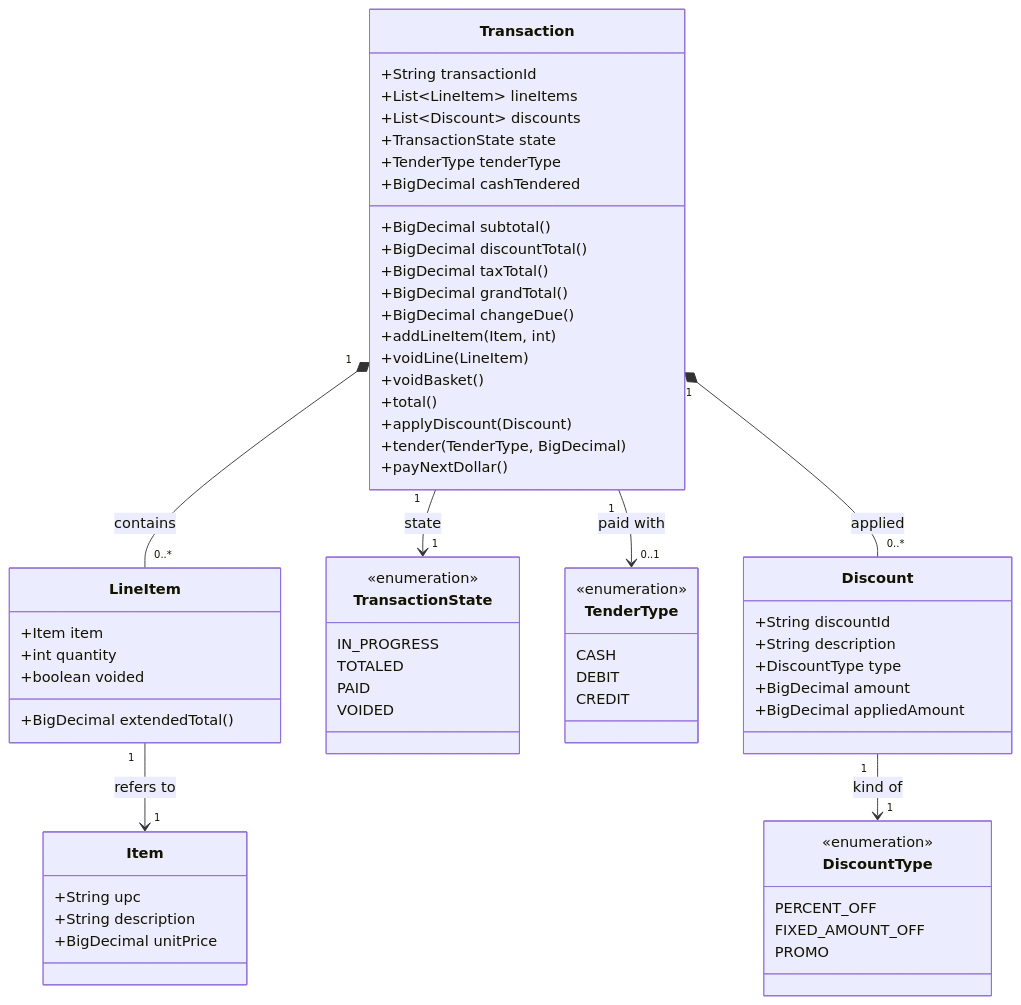
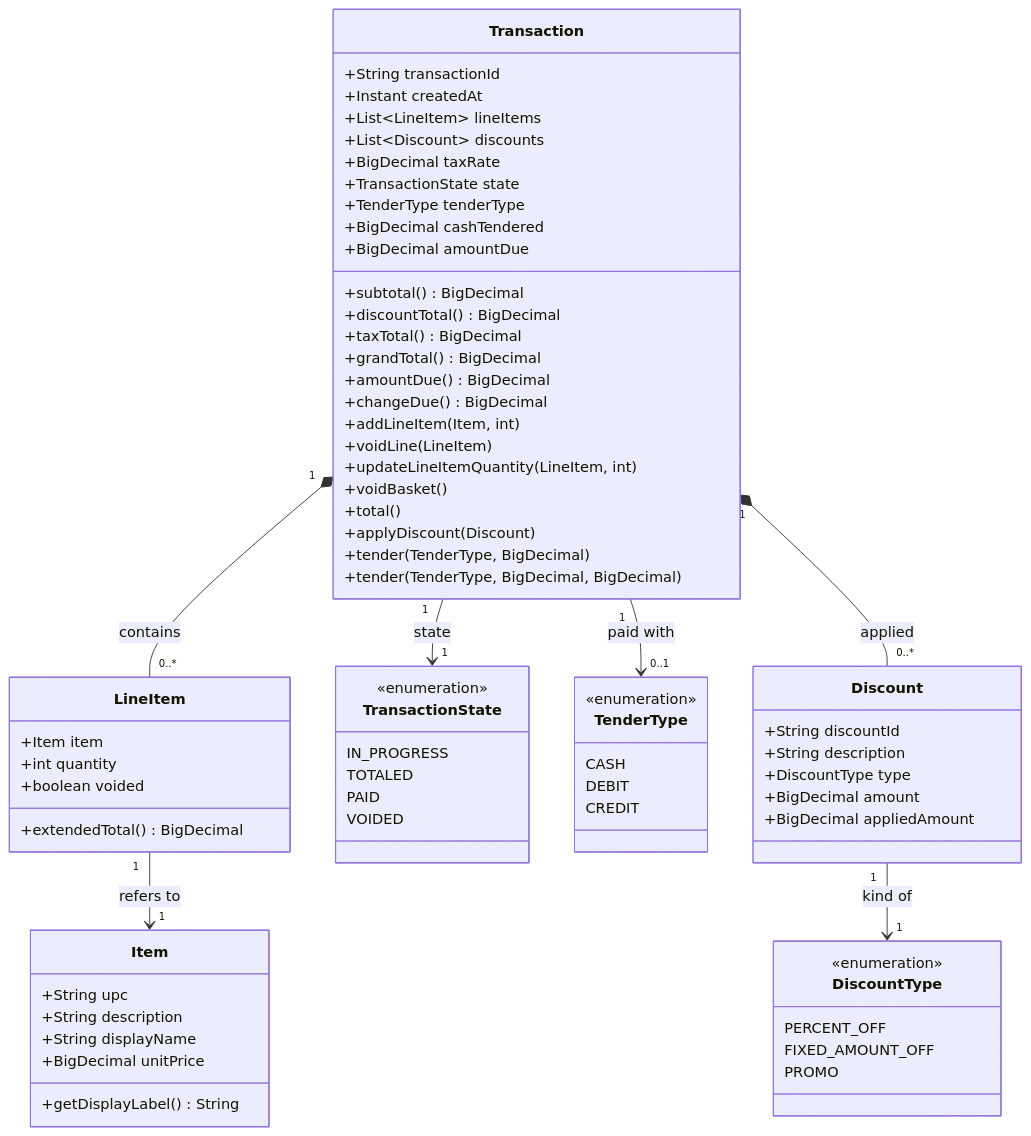
One commit to rhuel-laurente-rp/rocketpartners-pos changed the first of 2 diagrams in docs/Phase 1/domain-model.md. Above: the diagram before and after it, drawn with Mermaid. The commit also changed other lines of this file and 47 other files, not shown here.

````diff
--- a/docs/Phase 1/domain-model.md
+++ b/docs/Phase 1/domain-model.md
@@ -7,73 +7,80 @@
 ```mermaid
 classDiagram
     class Item {
         +String upc
         +String description
+        +String displayName
         +BigDecimal unitPrice
+        +getDisplayLabel() String
     }
 
     class LineItem {
         +Item item
         +int quantity
-        +BigDecimal extendedTotal()
         +boolean voided
+        +extendedTotal() BigDecimal
     }
 
     class Transaction {
         +String transactionId
+        +Instant createdAt
         +List~LineItem~ lineItems
         +List~Discount~ discounts
+        +BigDecimal taxRate
         +TransactionState state
         +TenderType tenderType
         +BigDecimal cashTendered
-        +BigDecimal subtotal()
-        +BigDecimal discountTotal()
-        +BigDecimal taxTotal()
-        +BigDecimal grandTotal()
-        +BigDecimal changeDue()
+        +BigDecimal amountDue
+        +subtotal() BigDecimal
+        +discountTotal() BigDecimal
+        +taxTotal() BigDecimal
+        +grandTotal() BigDecimal
+        +amountDue() BigDecimal
+        +changeDue() BigDecimal
         +addLineItem(Item, int)
         +voidLine(LineItem)
+        +updateLineItemQuantity(LineItem, int)
         +voidBasket()
         +total()
         +applyDiscount(Discount)
         +tender(TenderType, BigDecimal)
-        +payNextDollar()
+        +tender(TenderType, BigDecimal, BigDecimal)
     }
 
     class TransactionState {
         <<enumeration>>
         IN_PROGRESS
         TOTALED
         PAID
         VOIDED
     }
 
     class TenderType {
         <<enumeration>>
         CASH
         DEBIT
         CREDIT
     }
 
     class Discount {
         +String discountId
         +String description
         +DiscountType type
         +BigDecimal amount
         +BigDecimal appliedAmount
     }
 
     class DiscountType {
         <<enumeration>>
         PERCENT_OFF
         FIXED_AMOUNT_OFF
         PROMO
     }
 
     Transaction "1" *-- "0..*" LineItem : contains
     Transaction "1" *-- "0..*" Discount : applied
     Transaction "1" --> "1" TransactionState : state
     Transaction "1" --> "0..1" TenderType : paid with
     LineItem "1" --> "1" Item : refers to
     Discount "1" --> "1" DiscountType : kind of
 ```
````
